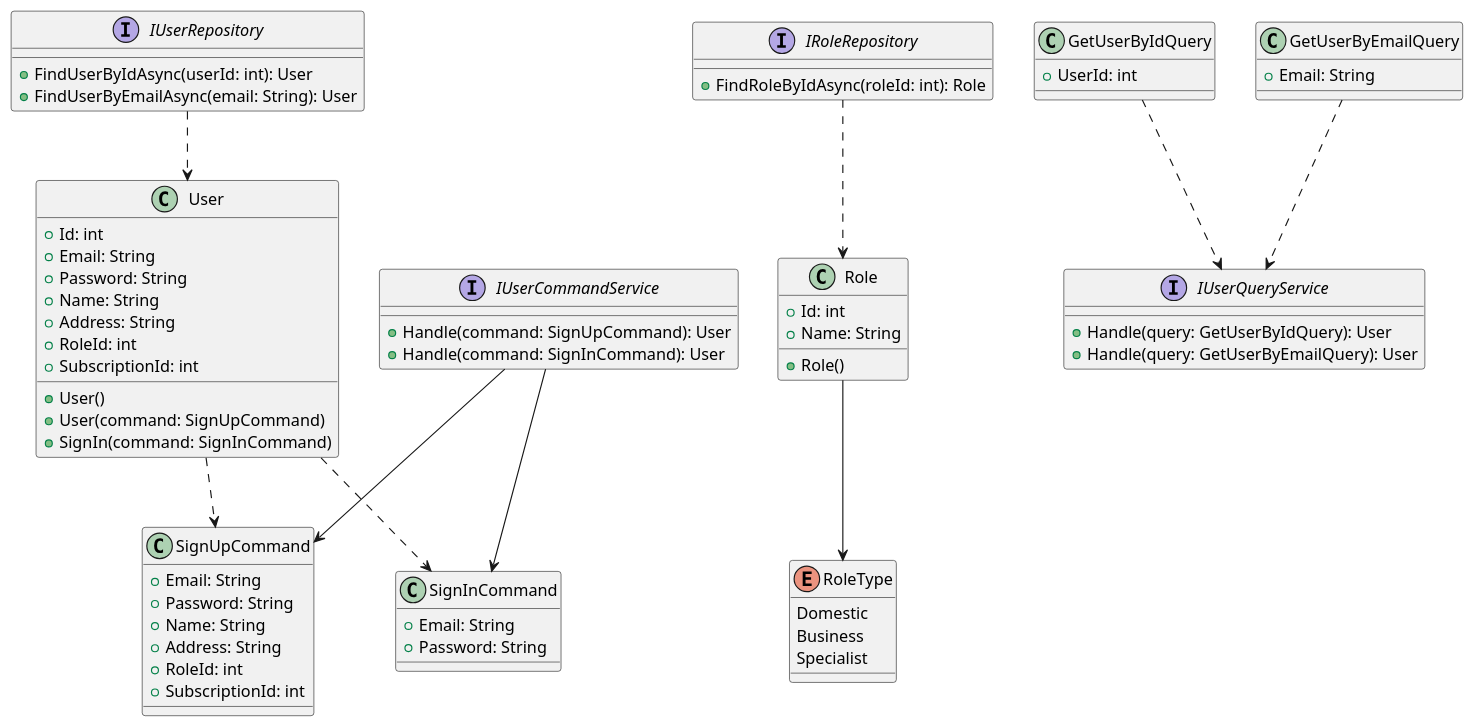
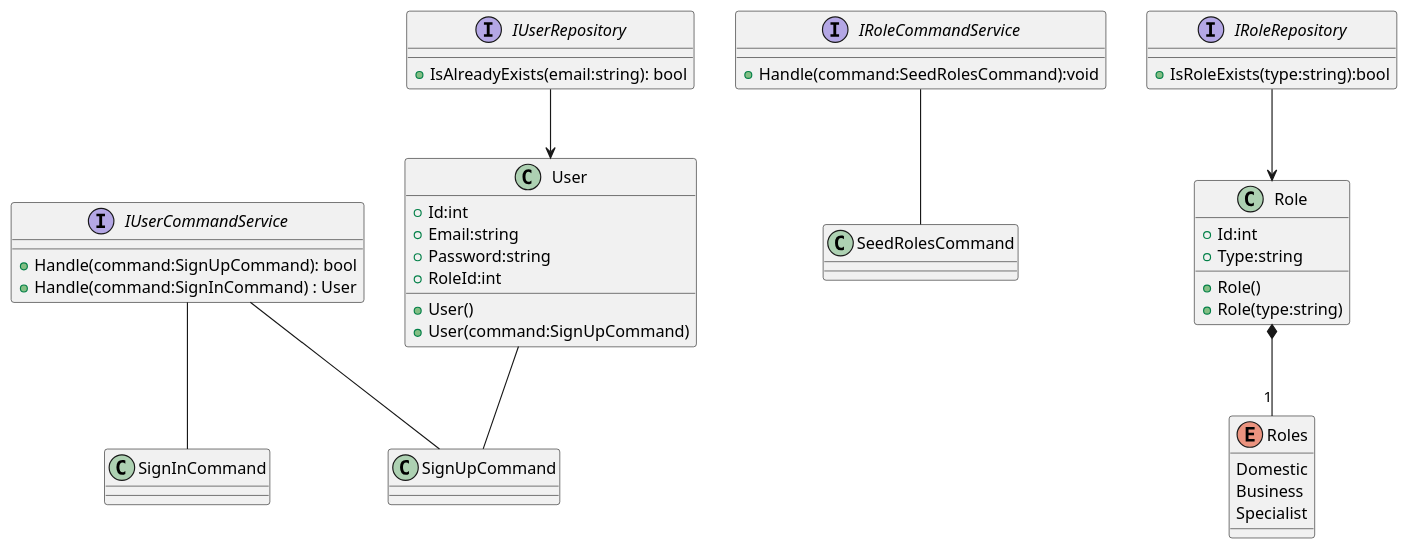
The diagram in assets/tactical-level-ddd/iam/iam class diagram.puml (wemade-IoT/Documents_Repository), drawn with PlantUML before and after one commit. The commit also changed 9 other files, not shown here.

```diff
--- a/assets/tactical-level-ddd/iam/iam class diagram.puml
+++ b/assets/tactical-level-ddd/iam/iam class diagram.puml
@@ -1,79 +1,64 @@
 @startuml
 
-class User {
-  +Id: int
-  +Email: String
-  +Password: String
-  +Name: String
-  +Address: String
-  +RoleId: int
-  +SubscriptionId: int
-  +User()
-  +User(command: SignUpCommand)
-  +SignIn(command: SignInCommand)
-}
+class SignInCommand {
 
-class Role {
-  +Id: int
-  +Name: String
-  +Role()
-}
-
-interface IUserRepository {
-  +FindUserByIdAsync(userId: int): User
-  +FindUserByEmailAsync(email: String): User
-}
-
-interface IRoleRepository {
-  +FindRoleByIdAsync(roleId: int): Role
-}
-
-interface IUserCommandService {
-  +Handle(command: SignUpCommand): User
-  +Handle(command: SignInCommand): User
-}
-
-interface IUserQueryService {
-  +Handle(query: GetUserByIdQuery): User
-  +Handle(query: GetUserByEmailQuery): User
 }
 
 class SignUpCommand {
-  +Email: String
-  +Password: String
-  +Name: String
-  +Address: String
-  +RoleId: int
-  +SubscriptionId: int
+
 }
 
-class SignInCommand {
-  +Email: String
-  +Password: String
+class SeedRolesCommand {
+
 }
 
-class GetUserByIdQuery {
-  +UserId: int
+class User {
+   +Id:int
+   +Email:string
+   +Password:string
+   +RoleId:int
+   +User()
+   +User(command:SignUpCommand)
 }
 
-class GetUserByEmailQuery {
-  +Email: String
-}
-
-enum RoleType {
+enum Roles{
   Domestic
   Business
   Specialist
 }
 
-User ..> SignUpCommand
-User ..> SignInCommand
-IUserRepository ..> User
-IRoleRepository ..> Role
-Role --> RoleType
-IUserCommandService --> SignUpCommand
-IUserCommandService --> SignInCommand
-GetUserByIdQuery ..> IUserQueryService
-GetUserByEmailQuery ..> IUserQueryService
+
+class Role {
+  +Id:int
+  +Type:string
+  +Role()
+  +Role(type:string)
+}
+
+
+interface IRoleRepository{
+  +IsRoleExists(type:string):bool
+}
+
+interface IUserRepository{
+  +IsAlreadyExists(email:string): bool
+}
+
+interface IUserCommandService{
+  +Handle(command:SignUpCommand): bool
+  +Handle(command:SignInCommand) : User
+}
+
+interface IRoleCommandService {
+  +Handle(command:SeedRolesCommand):void
+}
+
+User -- SignUpCommand
+IUserRepository --> User
+IRoleRepository --> Role
+Role *-- "1" Roles
+IUserCommandService -- SignUpCommand
+IUserCommandService -- SignInCommand
+IRoleCommandService -- SeedRolesCommand
 
 @enduml
```
